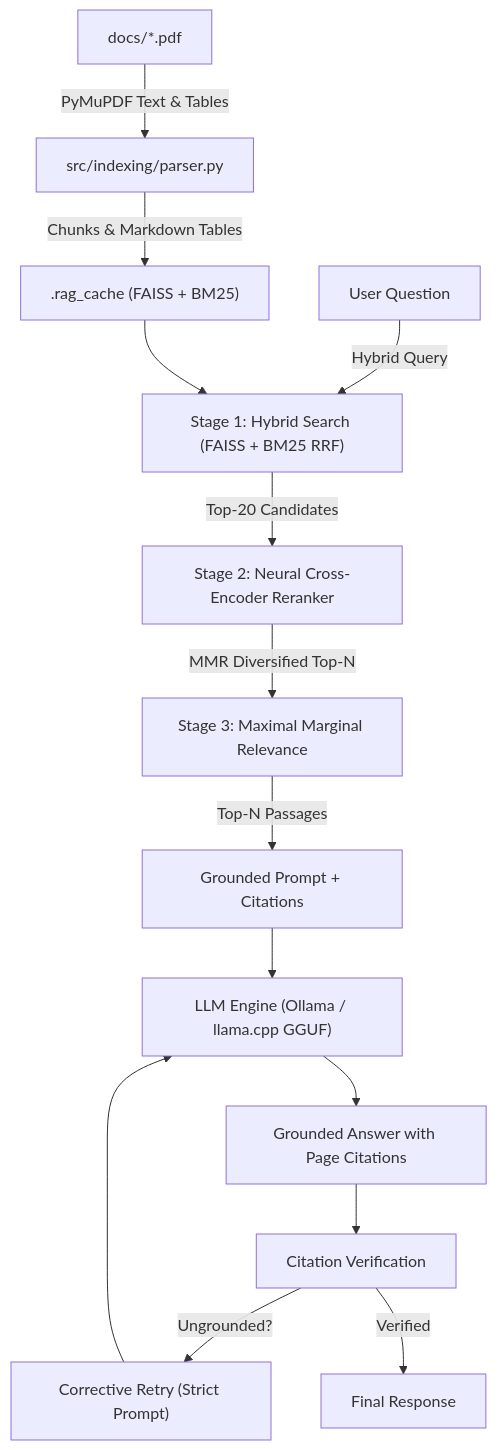
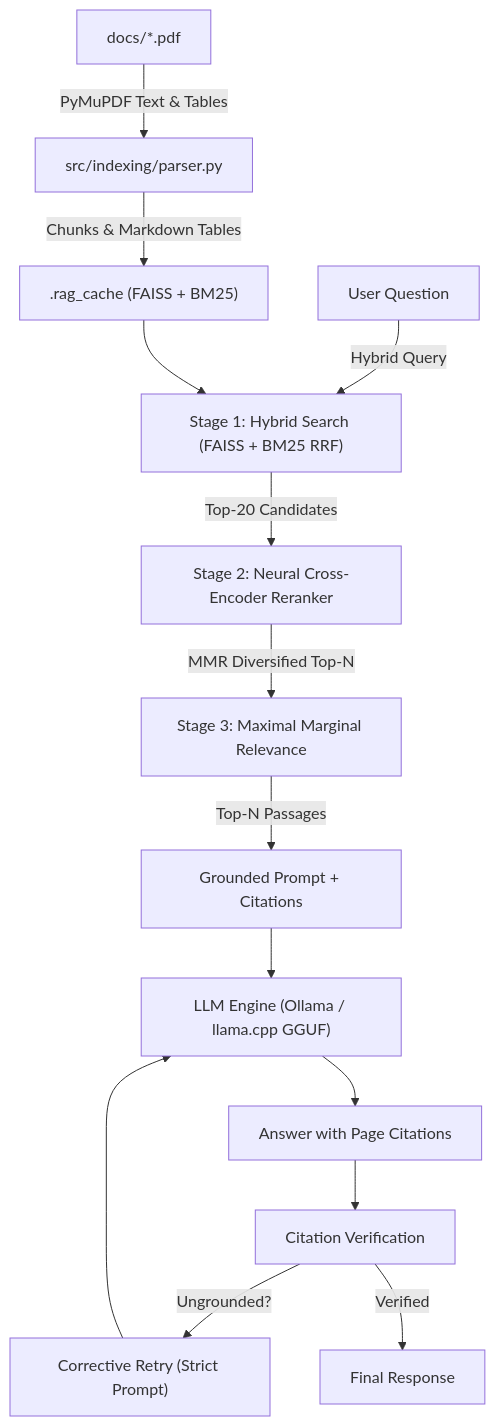
One commit to adhvaith267/bhel_internship changed the diagram in README.md. Above: the diagram before and after it, drawn with Mermaid. The commit also changed other lines of this file and 9 other files, not shown here.

````diff
--- a/README.md
+++ b/README.md
@@ -35,19 +36,19 @@
 ```mermaid
 flowchart TD
     PDF["docs/*.pdf"] -->|PyMuPDF Text & Tables| Ingest["src/indexing/parser.py"]
     Ingest -->|Chunks & Markdown Tables| Cache[".rag_cache (FAISS + BM25)"]
 
     UserQuery["User Question"] -->|Hybrid Query| RRF["Stage 1: Hybrid Search (FAISS + BM25 RRF)"]
     Cache --> RRF
     RRF -->|Top-20 Candidates| Rerank["Stage 2: Neural Cross-Encoder Reranker"]
     Rerank -->|MMR Diversified Top-N| MMR["Stage 3: Maximal Marginal Relevance"]
     MMR -->|Top-N Passages| Prompt["Grounded Prompt + Citations"]
 
     Prompt --> LLM["LLM Engine (Ollama / llama.cpp GGUF)"]
-    LLM --> Answer["Grounded Answer with Page Citations"]
+    LLM --> Answer["Answer with Page Citations"]
 
     Answer --> Verify["Citation Verification"]
     Verify -->|Ungrounded?| Retry["Corrective Retry (Strict Prompt)"]
     Retry --> LLM
     Verify -->|Verified| Final["Final Response"]
 ```
````
